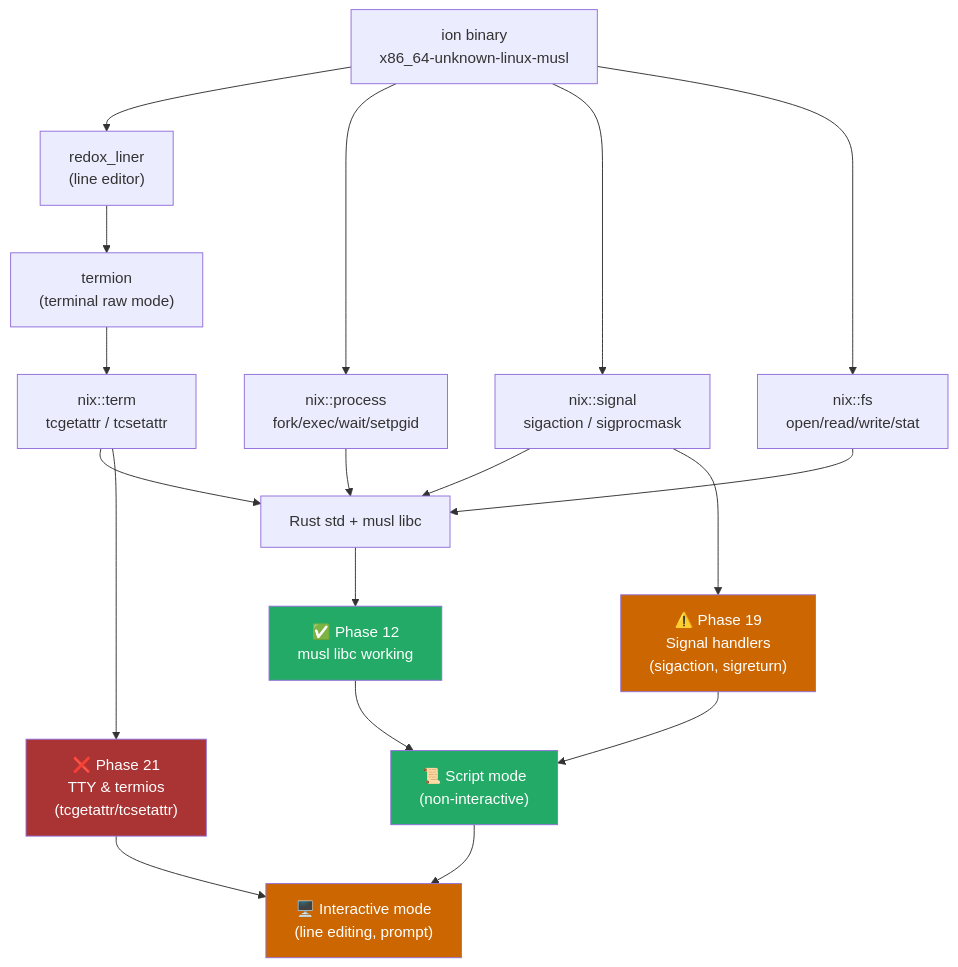
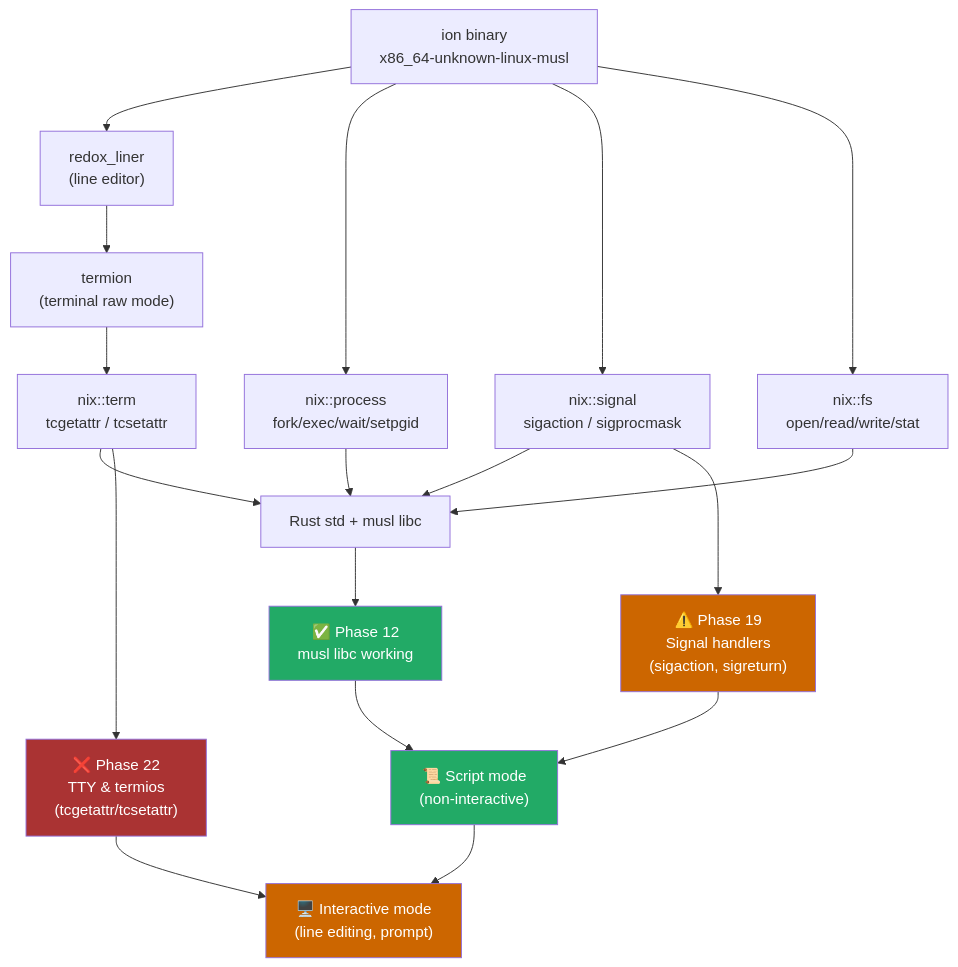
The first of 3 diagrams in docs/shell/alternative-shells.md (mikecubed/m3OS), drawn with Mermaid before and after one commit. The commit also changed other lines of this file and 14 other files, not shown here.

````diff
--- a/docs/shell/alternative-shells.md
+++ b/docs/shell/alternative-shells.md
@@ -68,44 +68,44 @@
 ```mermaid
 flowchart TD
     ion["ion binary\nx86_64-unknown-linux-musl"]
     liner["redox_liner\n(line editor)"]
     termion["termion\n(terminal raw mode)"]
     nix_proc["nix::process\nfork/exec/wait/setpgid"]
     nix_sig["nix::signal\nsigaction / sigprocmask"]
     nix_fs["nix::fs\nopen/read/write/stat"]
     nix_term["nix::term\ntcgetattr / tcsetattr"]
     musl["Rust std + musl libc"]
 
     ion --> liner
     ion --> nix_proc
     ion --> nix_sig
     ion --> nix_fs
     liner --> termion
     termion --> nix_term
     nix_proc --> musl
     nix_sig --> musl
     nix_fs --> musl
     nix_term --> musl
 
     p12["✅ Phase 12\nmusl libc working"]
     p19["⚠️ Phase 19\nSignal handlers\n(sigaction, sigreturn)"]
-    p21["❌ Phase 21\nTTY & termios\n(tcgetattr/tcsetattr)"]
+    p21["❌ Phase 22\nTTY & termios\n(tcgetattr/tcsetattr)"]
 
     musl --> p12
     nix_sig --> p19
     nix_term --> p21
 
     script["📜 Script mode\n(non-interactive)"]
     interactive["🖥️ Interactive mode\n(line editing, prompt)"]
 
     p12 --> script
     p19 --> script
     p21 --> interactive
     script --> interactive
 
     style p12 fill:#2a6,color:#fff
     style p19 fill:#c60,color:#fff
     style p21 fill:#a33,color:#fff
     style script fill:#2a6,color:#fff
     style interactive fill:#c60,color:#fff
 ```
````
